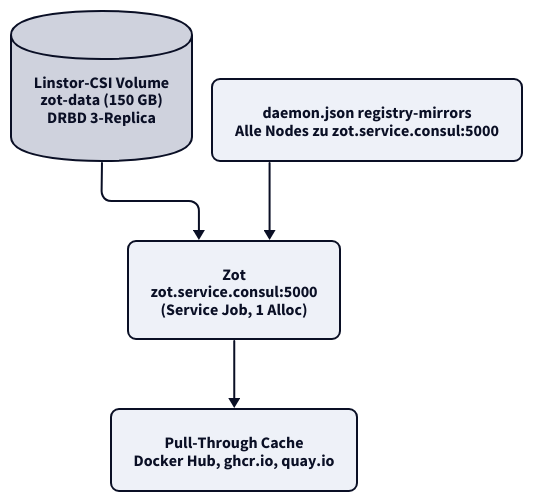
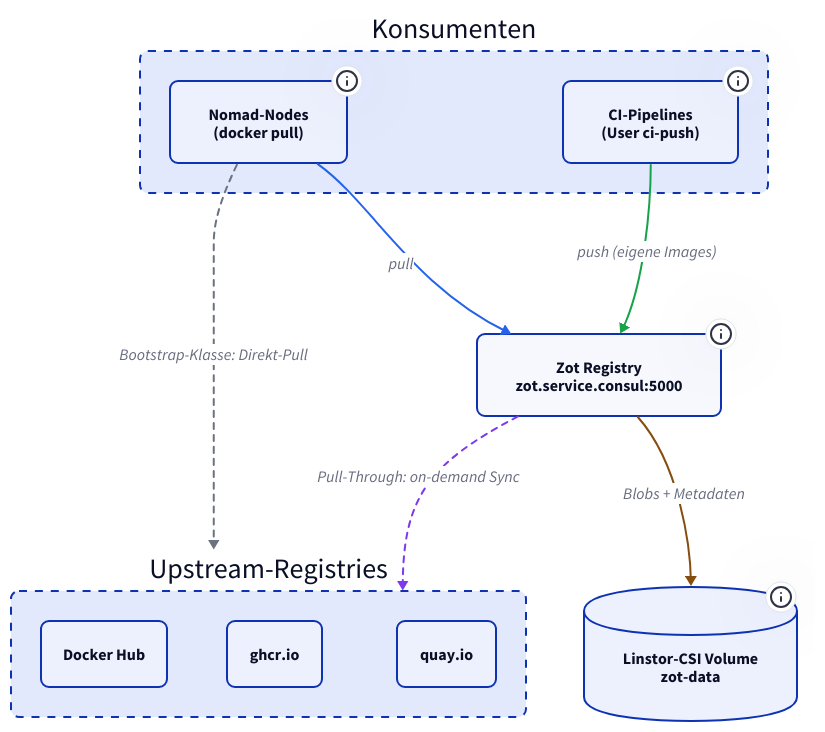
The diagram in docs/docker-registry/index.md (derever-labs/homelab-wiki), drawn with D2 before and after one commit. The commit also changed 10 other files, not shown here.

First line of the commit message:
docs(identity): Diagramme fuer TALA ueberarbeiten (Batch B4) (#99)

````diff
--- a/docs/docker-registry/index.md
+++ b/docs/docker-registry/index.md
@@ -44,23 +44,52 @@
 ```d2
-vars: {
-  d2-config: {
-    theme-id: 1
-    layout-engine: elk
-  }
-}
 direction: down
 
 classes: {
-  node: { style.border-radius: 8 }
-  data: { shape: cylinder; style.border-radius: 8 }
+  node: { style: { border-radius: 8 } }
+  container: { style: { border-radius: 8; stroke-dash: 4 } }
 }
 
-Volume: "Linstor-CSI Volume\nzot-data (150 GB)\nDRBD 3-Replica" { class: data }
-Zot: "Zot\nzot.service.consul:5000\n(Service Job, 1 Alloc)" { class: node }
-Cache: "Pull-Through Cache\nDocker Hub, ghcr.io, quay.io" { class: node }
-Mirror: "daemon.json registry-mirrors\nAlle Nodes zu zot.service.consul:5000" { class: node }
+Consumers: Konsumenten {
+  class: container
 
-Volume -> Zot
-Zot -> Cache
-Mirror -> Zot
+  Nodes: "Nomad-Nodes\n(docker pull)" {
+    class: node
+    tooltip: "Job-Files referenzieren zot.service.consul:5000 explizit | daemon.json registry-mirrors nur als Fallback für Kurz-Referenzen"
+  }
+  CI: "CI-Pipelines\n(User ci-push)" {
+    class: node
+    tooltip: "GitHub Actions -- einziger autorisierter Push-Pfad"
+  }
+}
+
+Zot: "Zot Registry\nzot.service.consul:5000" {
+  class: node
+  tooltip: "Nomad Service Job, 1 Alloc | htpasswd-Auth, anonymes Lesen erlaubt | BoltDB embedded"
+}
+
+Volume: "Linstor-CSI Volume\nzot-data" {
+  shape: cylinder
+  tooltip: "DRBD 3-Replica -- Blobs und BoltDB MetaDB, folgt dem Alloc via CSI"
+}
+
+Upstream: Upstream-Registries {
+  class: container
+
+  Hub: Docker Hub { class: node }
+  GHCR: ghcr.io { class: node }
+  Quay: quay.io { class: node }
+}
+
+Consumers.Nodes -> Zot: "pull" { style.stroke: "#2563eb" }
+Consumers.CI -> Zot: "push (eigene Images)" { style.stroke: "#16a34a" }
+Zot -> Volume: "Blobs + Metadaten" { style.stroke: "#854d0e" }
+Zot -> Upstream: "Pull-Through: on-demand Sync" {
+  style.stroke: "#7c3aed"
+  style.stroke-dash: 3
+}
+Consumers.Nodes -> Upstream: "Bootstrap-Klasse: Direkt-Pull" {
+  style.stroke: "#6b7280"
+  style.stroke-dash: 3
+  tooltip: "ZOT, Keep und Uptime-Kuma pullen bewusst am Cache vorbei, um bei Zot-Ausfall startfähig zu bleiben"
+}
 ```
````
